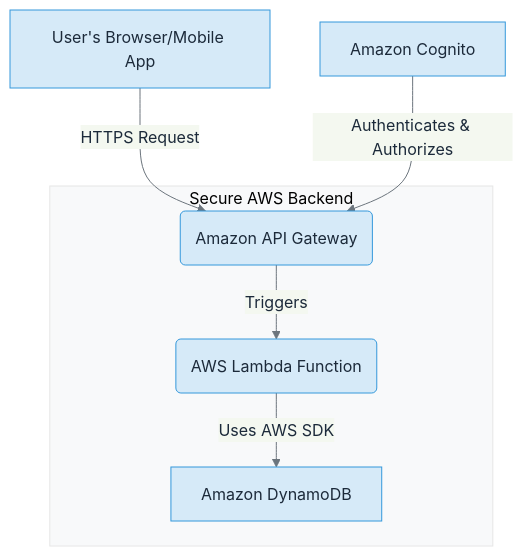
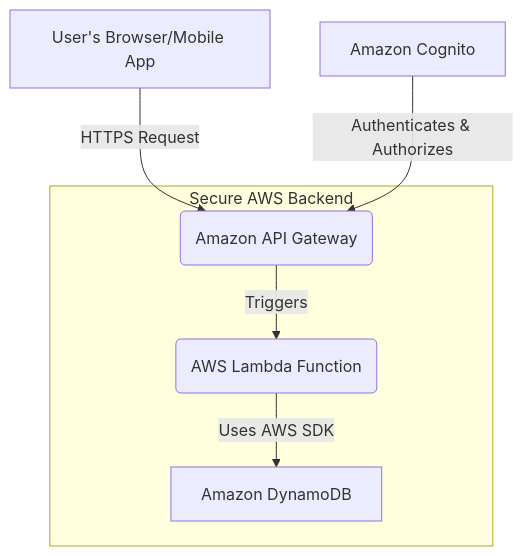
The first of 3 diagrams in slides.md (andomeder/dynamodb), drawn with Mermaid before and after one commit. The commit also changed other lines of this file, not shown here.

````diff
--- a/slides.md
+++ b/slides.md
@@ -292,26 +342,10 @@
 ```mermaid
-%%{
-  init: {
-    "theme": "base",
-    "themeVariables": {
-      "primaryColor": "#F0F4F8",
-      "primaryTextColor": "#1C2A3A",
-      "primaryBorderColor": "#A6B5C5",
-      "lineColor": "#6C757D",
-      "textColor": "#212529",
-      "mainBkg": "#D6EAF8",
-      "nodeBorder": "#3498DB",
-      "clusterBkg": "#F8F9FA",
-      "clusterBorderColor": "#CED4DA"
-    }
-  }
-}%%
 graph TD
     A["<div class='flex items-center'><div class='i-carbon-laptop text-3xl mr-2'></div>User's Browser/Mobile App</div>"] -->|HTTPS Request| B(Amazon API Gateway);
     B -->|Triggers| C(AWS Lambda Function);
     C -->|Uses AWS SDK| D["<div class='flex items-center'><div class='i-simple-icons-amazonaws text-3xl mr-2'></div>Amazon DynamoDB</div>"];
     subgraph "Secure AWS Backend"
         B; C; D;
     end
     E["<div class='flex items-center'><div class='i-carbon-user-avatar-filled-alt text-3xl mr-2'></div>Amazon Cognito</div>"] -->|Authenticates & Authorizes| B;
 ```
````
